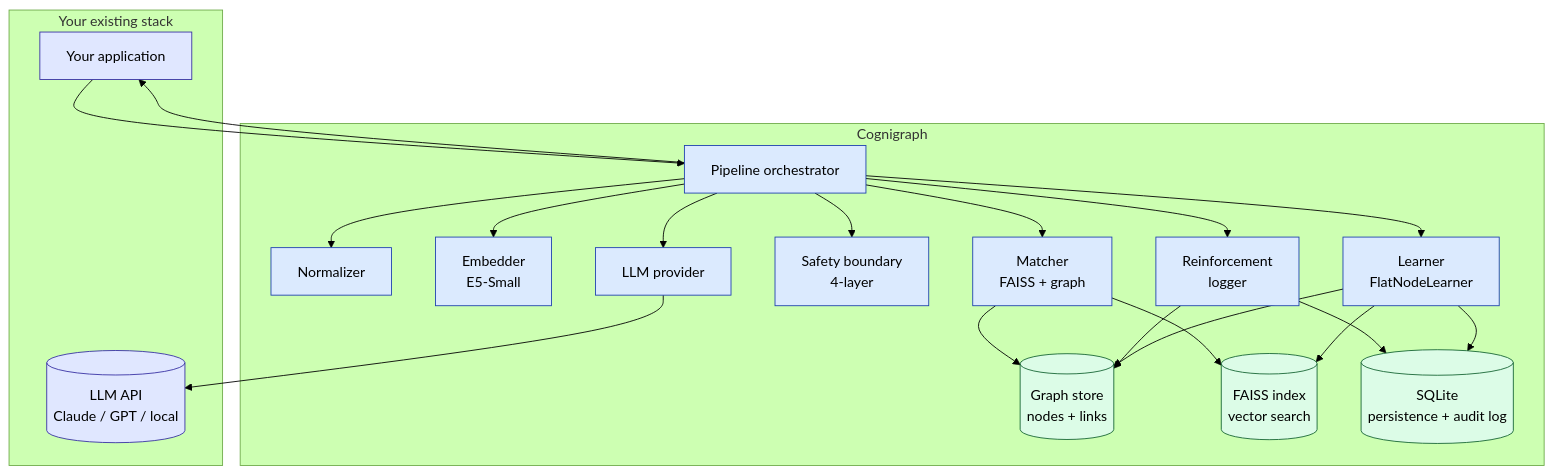
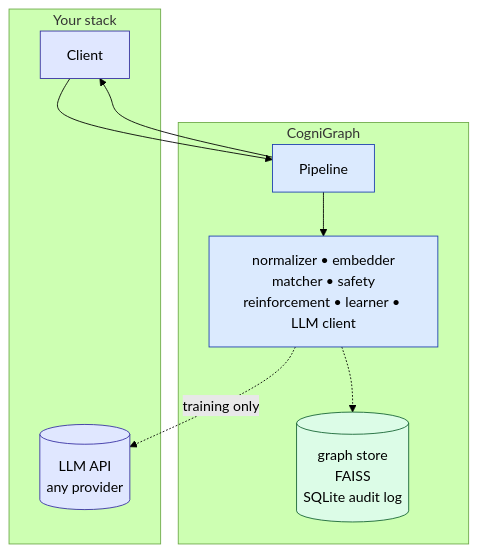
One commit to ibrahim-bayer/cognigraph-ai changed the second of 2 diagrams in README.md. Above: the diagram before and after it, drawn with Mermaid (forest theme). The commit also changed other lines of this file and 1 other file, not shown here.

First line of the commit message:
Reframe pitch: cognitive runtime, not coordination layer

````diff
--- a/README.md
+++ b/README.md
@@ -151,41 +98,21 @@
 ```mermaid
 flowchart TB
-    subgraph external [Your existing stack]
-        Client[Your application]
-        ExternalLLM[(LLM API<br/>Claude / GPT / local)]
-    end
+  subgraph yours [Your stack]
+    Client
+    LLM[(LLM API<br/>any provider)]
+  end
+  subgraph cg [CogniGraph]
+    Pipeline
+    Pipeline --> Components[normalizer • embedder<br/>matcher • safety<br/>reinforcement • learner • LLM client]
+    Components -.-> Stores[(graph store<br/>FAISS<br/>SQLite audit log)]
+  end
+  Client --> Pipeline --> Client
+  Components -. training only .-> LLM
 
-    subgraph cognigraph [Cognigraph]
-        Pipeline[Pipeline orchestrator]
-        Pipeline --> Normalizer[Normalizer]
-        Pipeline --> Embedder[Embedder<br/>E5-Small]
-        Pipeline --> Matcher[Matcher<br/>FAISS + graph]
-        Pipeline --> Safety[Safety boundary<br/>4-layer]
-        Pipeline --> Reinforcement[Reinforcement<br/>logger]
-        Pipeline --> Learner[Learner<br/>FlatNodeLearner]
-        Pipeline --> LLMClient[LLM provider]
-
-        GraphStore[(Graph store<br/>nodes + links)]
-        FAISS[(FAISS index<br/>vector search)]
-        SQLite[(SQLite<br/>persistence + audit log)]
-
-        Matcher --> FAISS
-        Matcher --> GraphStore
-        Reinforcement --> GraphStore
-        Reinforcement --> SQLite
-        Learner --> GraphStore
-        Learner --> FAISS
-        Learner --> SQLite
-    end
-
-    Client --> Pipeline
-    LLMClient --> ExternalLLM
-    Pipeline --> Client
-
-    classDef external fill:#e0e7ff,stroke:#3730a3
-    classDef coordinator fill:#dbeafe,stroke:#1e40af
-    classDef storage fill:#dcfce7,stroke:#166534
-    class Client,ExternalLLM external
-    class Pipeline,Normalizer,Embedder,Matcher,Safety,Reinforcement,Learner,LLMClient coordinator
-    class GraphStore,FAISS,SQLite storage
+  classDef ext fill:#e0e7ff,stroke:#3730a3
+  classDef coord fill:#dbeafe,stroke:#1e40af
+  classDef store fill:#dcfce7,stroke:#166534
+  class Client,LLM ext
+  class Pipeline,Components coord
+  class Stores store
 ```
````
